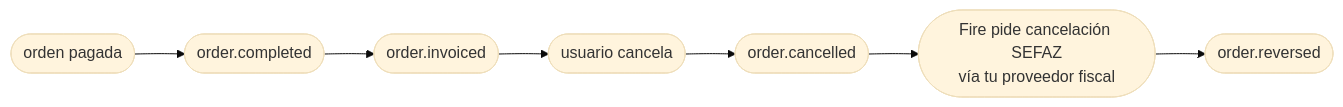
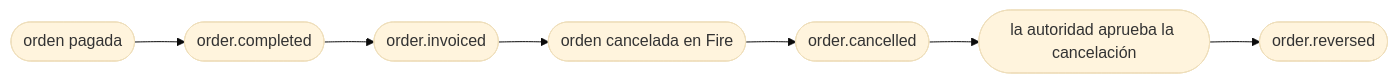
Before and after one commit to fire-rest/documentation: the diagram in es/events/order-reversed.mdx, drawn with Mermaid (base theme). The commit also changed other lines of this file and 26 other files, not shown here.

````diff
--- a/es/events/order-reversed.mdx
+++ b/es/events/order-reversed.mdx
@@ -135,9 +126,9 @@
 ```mermaid
 flowchart LR
     A([orden pagada]) --> B([order.completed])
     B --> C([order.invoiced])
-    C --> D([usuario cancela])
+    C --> D([orden cancelada en Fire])
     D --> E([order.cancelled])
-    E --> F([Fire pide cancelación SEFAZ<br/>vía tu proveedor fiscal])
+    E --> F([la autoridad aprueba la cancelación])
     F --> G([order.reversed])
 ```
````
